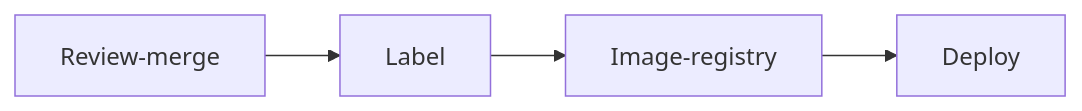
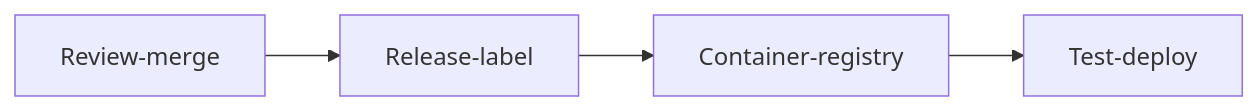
One commit to ncmsops/dev-manual changed the second of 2 diagrams in commit-to-cust-flow.md. Above: the diagram before and after it, drawn with Mermaid. The commit also changed other lines of this file, not shown here.

Commit message:
commit-to-cust flow refinement

````diff
--- a/commit-to-cust-flow.md
+++ b/commit-to-cust-flow.md
@@ -10,6 +62,6 @@
 ```mermaid
   graph LR;
-      Review-merge-->Label;
-      Label-->Image-registry;
-      Image-registry-->Deploy;
+      Review-merge-->Release-label;
+      Release-label-->Container-registry;
+      Container-registry-->Test-deploy;
 ```
````
